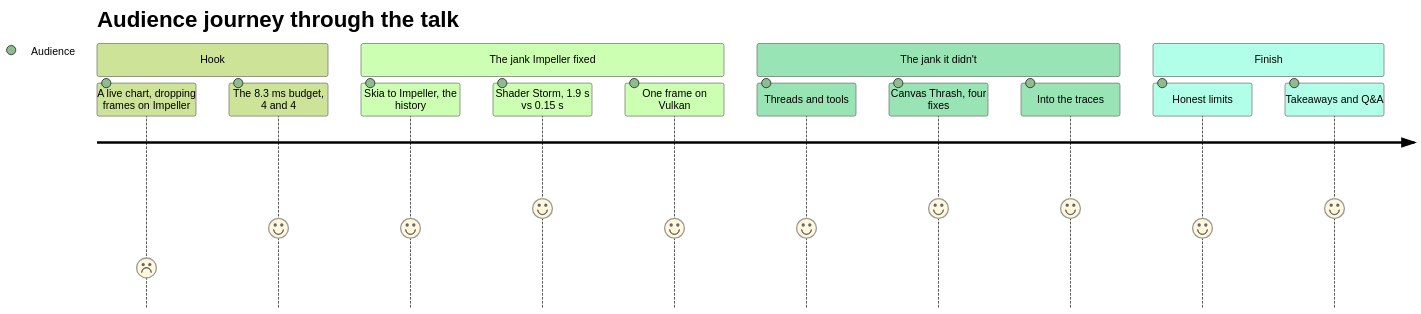
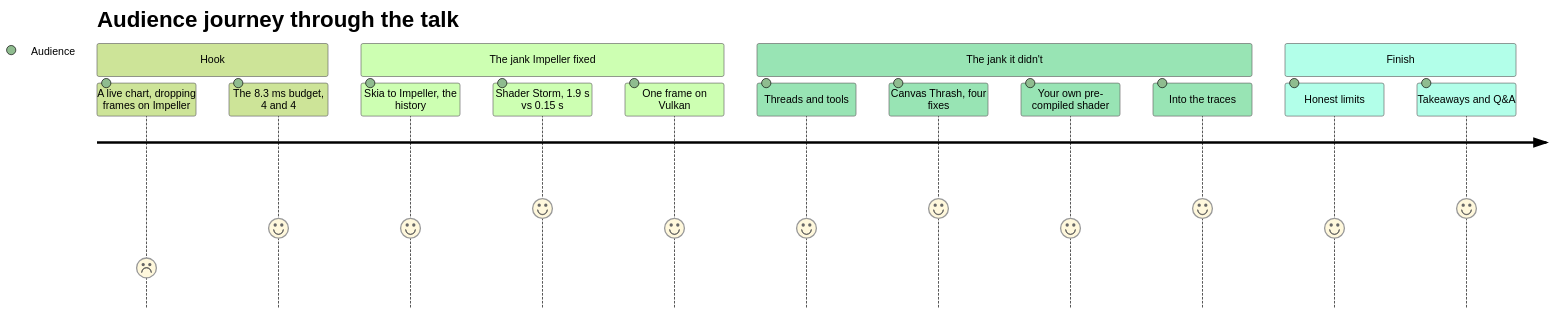
Before and after one commit to cm-collins/fluttercon-demo-app: the first of 2 diagrams in docs/talk/talk-outline.md, drawn with Mermaid (forest theme). The commit also changed other lines of this file and 4 other files, not shown here.

````diff
--- a/docs/talk/talk-outline.md
+++ b/docs/talk/talk-outline.md
@@ -27,18 +27,19 @@
 ```mermaid
 journey
     title Audience journey through the talk
     section Hook
       A live chart, dropping frames on Impeller: 2: Audience
       The 8.3 ms budget, 4 and 4: 4: Audience
     section The jank Impeller fixed
       Skia to Impeller, the history: 4: Audience
       Shader Storm, 1.9 s vs 0.15 s: 5: Audience
       One frame on Vulkan: 4: Audience
     section The jank it didn't
       Threads and tools: 4: Audience
       Canvas Thrash, four fixes: 5: Audience
+      Your own pre-compiled shader: 4: Audience
       Into the traces: 5: Audience
     section Finish
       Honest limits: 4: Audience
       Takeaways and Q&A: 5: Audience
 ```
````
